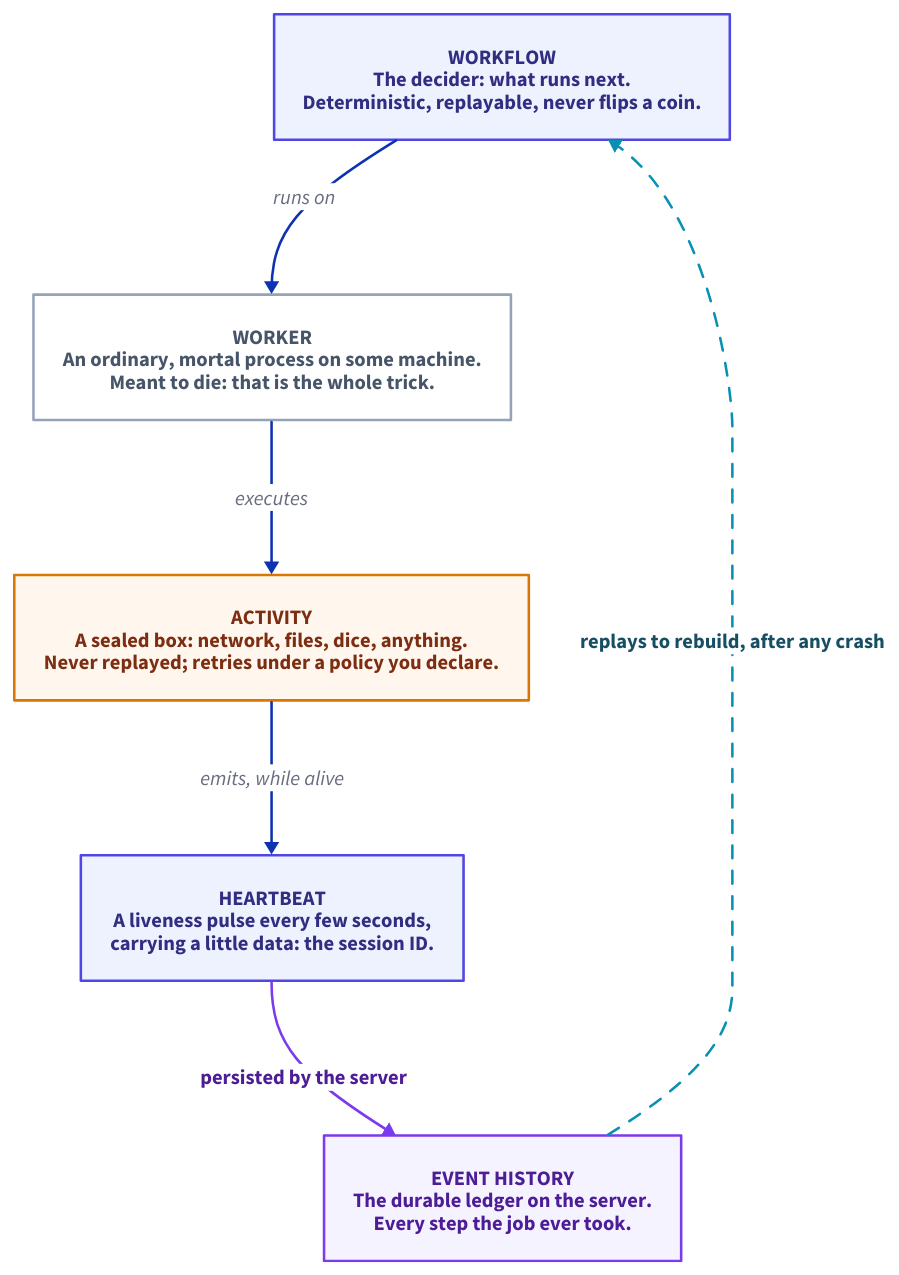
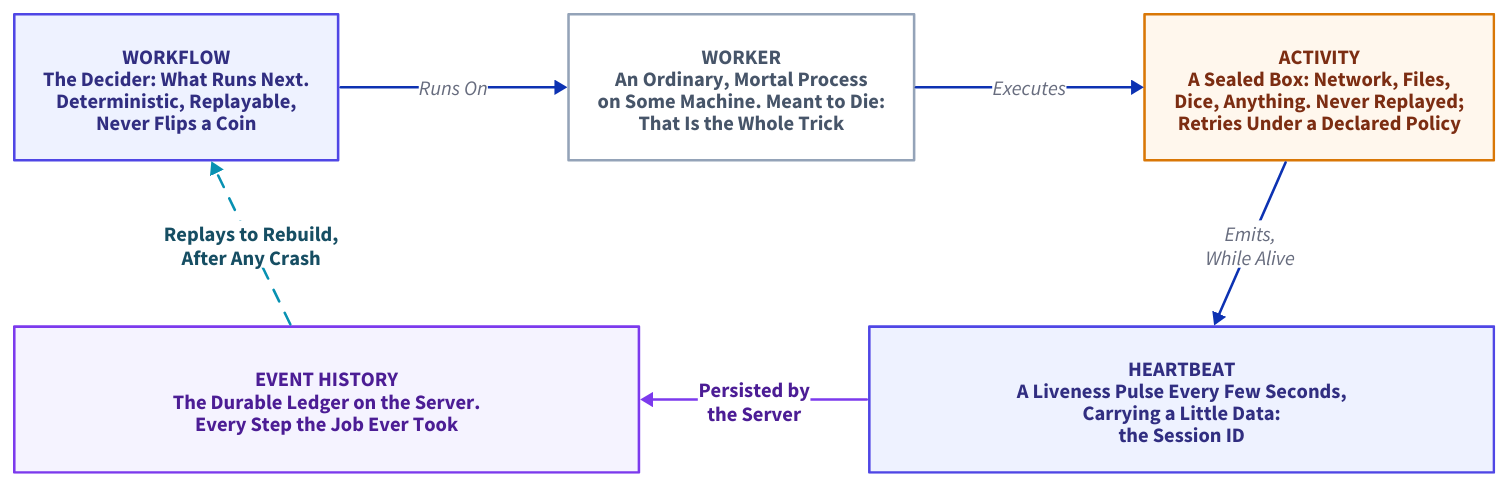
One commit to thumarrushik/crash-proof-team-of-coding-agents changed the diagram in assets/diagram-src/durable-terms.d2. Above: the diagram before and after it, drawn with D2. The commit also changed 5 other files, not shown here.

First line of the commit message:
durable-terms refolds from a 1600x2221 tower to a 3+2 grid loop

```diff
--- a/assets/diagram-src/durable-terms.d2
+++ b/assets/diagram-src/durable-terms.d2
@@ -1,31 +1,35 @@
 # The four plain words of durable execution, as one anchor: a workflow decides,
 # a mortal worker runs it, activities are sealed boxes, a heartbeat pulses the
 # server, and the event-history ledger replays to rebuild after any crash.
-# NEW for the flagship (2026-09-02, take three): no earlier figure named the
-# four terms; this one replaces the four-bullet glossary. Vertical so the five
-# boxes stay legible at the family's fixed 1600px width.
-direction: down
-horizontal-gap: 110
-vertical-gap: 55
+# NEW for the flagship (2026-09-02): replaces the four-bullet glossary.
+# Folded as a 3+2 grid loop (top row L->R, bottom row R->L, dashed replay
+# closing the cycle): the single-column chain rendered 1600x2221 and towered
+# over the article column. grid-rows:2 fills row-major, so the bottom row is
+# DECLARED reversed (history, heartbeat) to put heartbeat under activity.
+grid-rows: 2
+horizontal-gap: 180
+vertical-gap: 130
 
-workflow: "WORKFLOW\nThe decider: what runs next.\nDeterministic, replayable, never flips a coin." {
+workflow: "WORKFLOW\nThe Decider: What Runs Next.\nDeterministic, Replayable,\nNever Flips a Coin" {
   style: {fill: "#eef2ff"; stroke: "#4f46e5"; font-color: "#312e81"; bold: true}
 }
-worker: "WORKER\nAn ordinary, mortal process on some machine.\nMeant to die: that is the whole trick." {
+worker: "WORKER\nAn Ordinary, Mortal Process\non Some Machine. Meant to Die:\nThat Is the Whole Trick" {
   style: {fill: "#ffffff"; stroke: "#94a3b8"; font-color: "#475569"; bold: true}
 }
-activity: "ACTIVITY\nA sealed box: network, files, dice, anything.\nNever replayed; retries under a policy you declare." {
+activity: "ACTIVITY\nA Sealed Box: Network, Files,\nDice, Anything. Never Replayed;\nRetries Under a Declared Policy" {
   style: {fill: "#fff7ed"; stroke: "#d97706"; font-color: "#7c2d12"; bold: true}
 }
-heartbeat: "HEARTBEAT\nA liveness pulse every few seconds,\ncarrying a little data: the session ID." {
+history: "EVENT HISTORY\nThe Durable Ledger on the Server.\nEvery Step the Job Ever Took" {
+  style: {fill: "#f5f3ff"; stroke: "#7c3aed"; font-color: "#4c1d95"; bold: true}
+}
+heartbeat: "HEARTBEAT\nA Liveness Pulse Every Few Seconds,\nCarrying a Little Data:\nthe Session ID" {
   style: {fill: "#eef2ff"; stroke: "#4f46e5"; font-color: "#312e81"; bold: true}
 }
-history: "EVENT HISTORY\nThe durable ledger on the server.\nEvery step the job ever took." {
-  style: {fill: "#f5f3ff"; stroke: "#7c3aed"; font-color: "#4c1d95"; bold: true}
+
+workflow -> worker: "Runs On"
+worker -> activity: "Executes"
+activity -> heartbeat: "Emits,\nWhile Alive"
+heartbeat -> history: "Persisted by\nthe Server" {style: {stroke: "#7c3aed"; font-color: "#4c1d95"; bold: true}}
+history -> workflow: "Replays to Rebuild,\nAfter Any Crash" {
+  style: {stroke-dash: 5; stroke: "#0891b2"; font-color: "#164e63"; bold: true}
 }
-
-workflow -> worker: "runs on"
-worker -> activity: "executes"
-activity -> heartbeat: "emits, while alive"
-heartbeat -> history: "persisted by the server" {style: {stroke: "#7c3aed"; font-color: "#4c1d95"; bold: true}}
-history -> workflow: "replays to rebuild, after any crash" {style: {stroke-dash: 5; stroke: "#0891b2"; font-color: "#164e63"; bold: true}}
```
